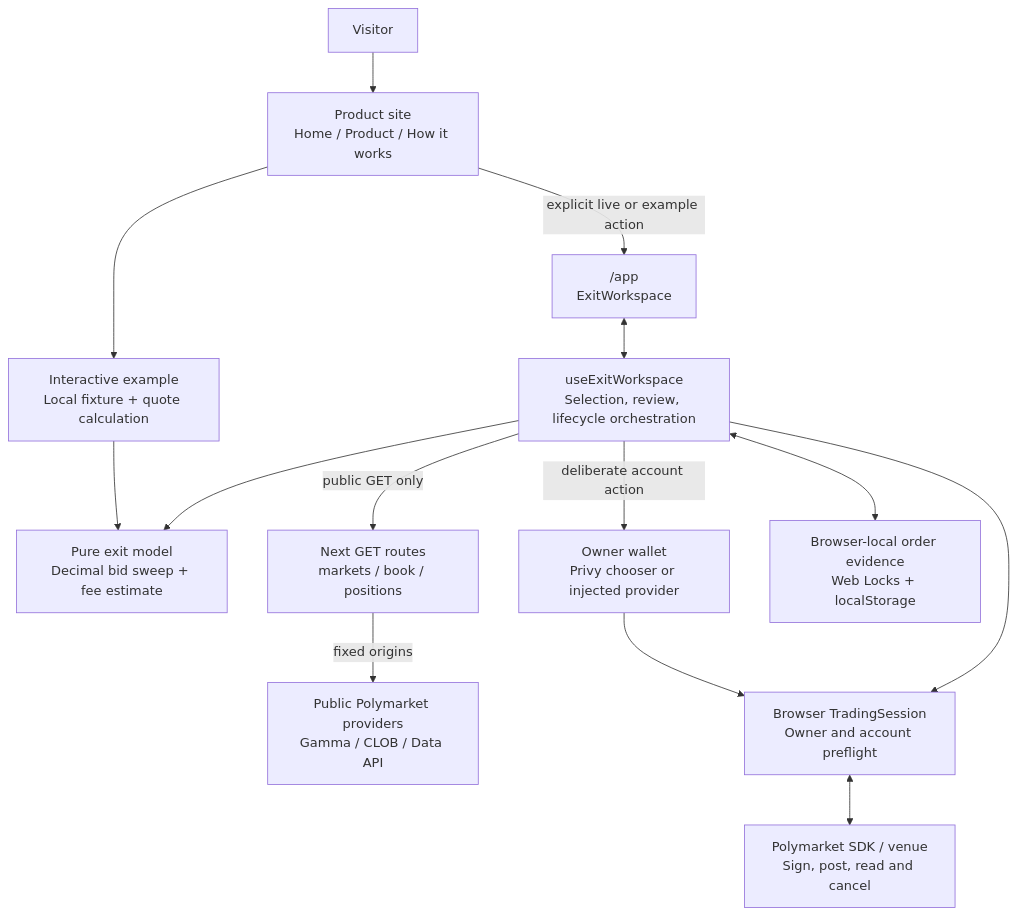
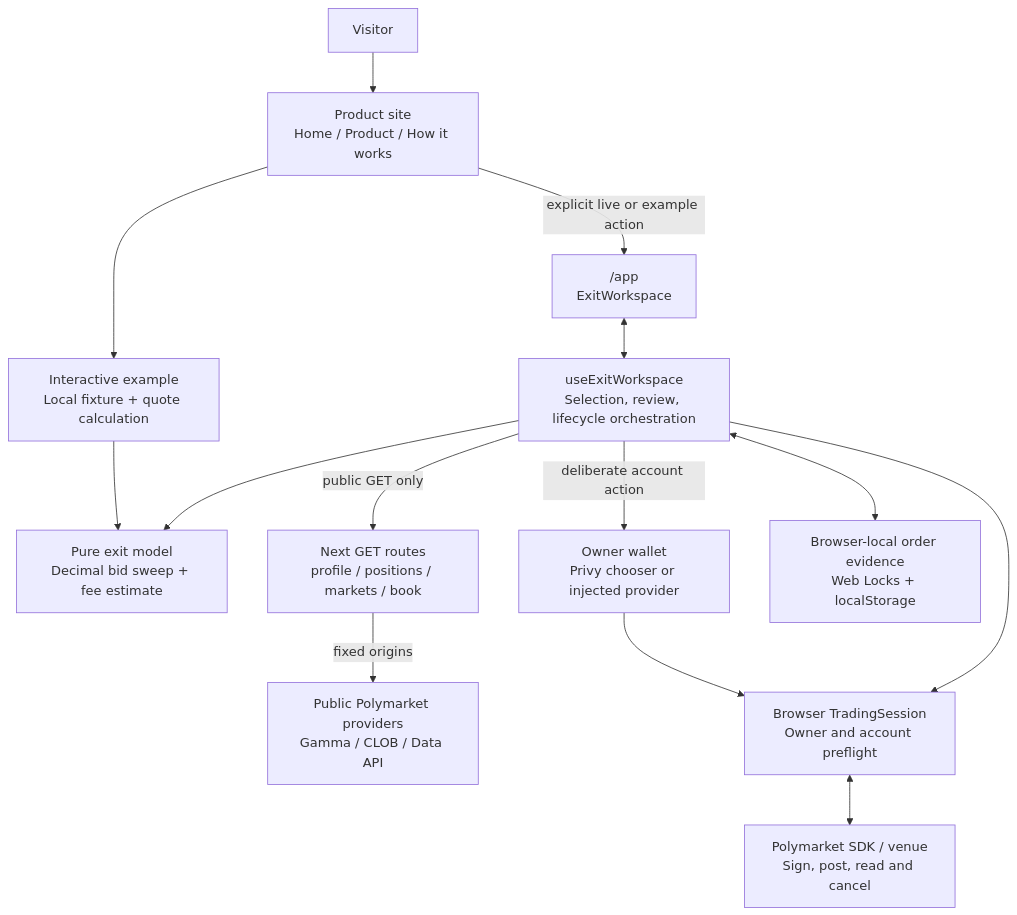
Before and after one commit to mohit-1710/closeout: the first of 2 diagrams in docs/architecture.md, drawn with Mermaid. The commit also changed other lines of this file and 10 other files, not shown here.

````diff
--- a/docs/architecture.md
+++ b/docs/architecture.md
@@ -11,28 +11,28 @@
 ```mermaid
 flowchart TB
   Visitor[Visitor]
   Site["Product site<br/>Home / Product / How it works"]
   Preview["Interactive example<br/>Local fixture + quote calculation"]
   UI["/app<br/>ExitWorkspace"]
   Hook["useExitWorkspace<br/>Selection, review, lifecycle orchestration"]
   Math["Pure exit model<br/>Decimal bid sweep + fee estimate"]
-  ReadAPI["Next GET routes<br/>markets / book / positions"]
+  ReadAPI["Next GET routes<br/>profile / positions / markets / book"]
   Sources["Public Polymarket providers<br/>Gamma / CLOB / Data API"]
   Wallet["Owner wallet<br/>Privy chooser or injected provider"]
   Session["Browser TradingSession<br/>Owner and account preflight"]
   Venue["Polymarket SDK / venue<br/>Sign, post, read and cancel"]
   History["Browser-local order evidence<br/>Web Locks + localStorage"]
   Visitor --> Site
   Site --> Preview
   Preview --> Math
   Site -->|explicit live or example action| UI
   UI <--> Hook
   Hook --> Math
   Hook -->|public GET only| ReadAPI
   ReadAPI -->|fixed origins| Sources
   Hook -->|deliberate account action| Wallet
   Wallet --> Session
   Hook --> Session
   Session <--> Venue
   Hook <--> History
 ```
````
